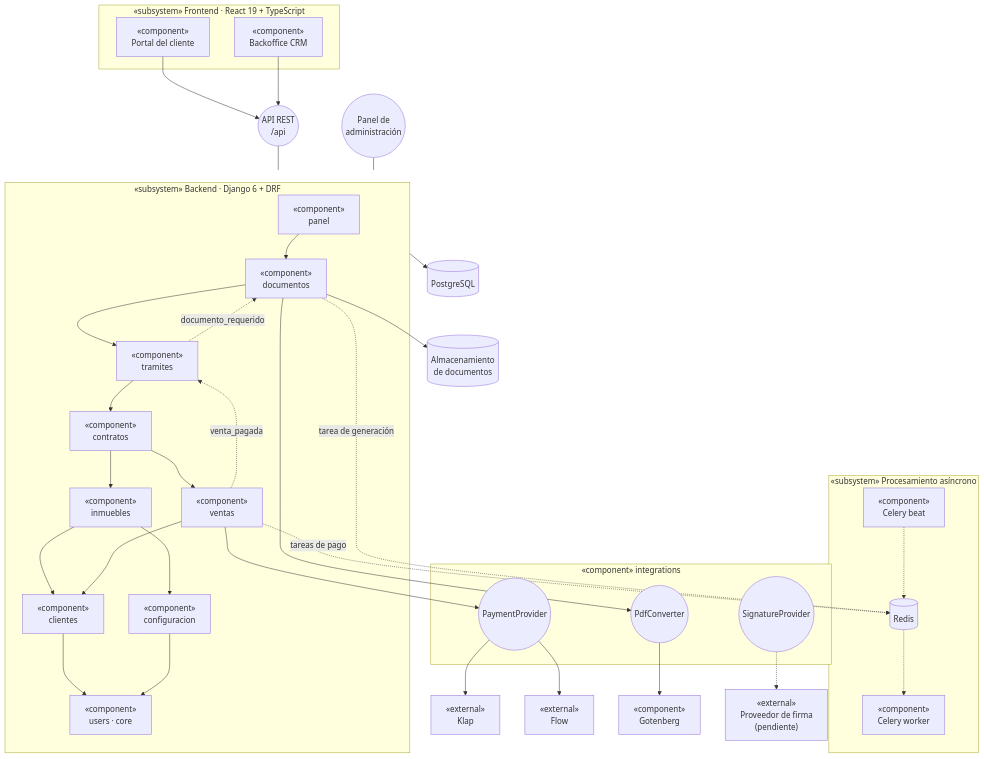
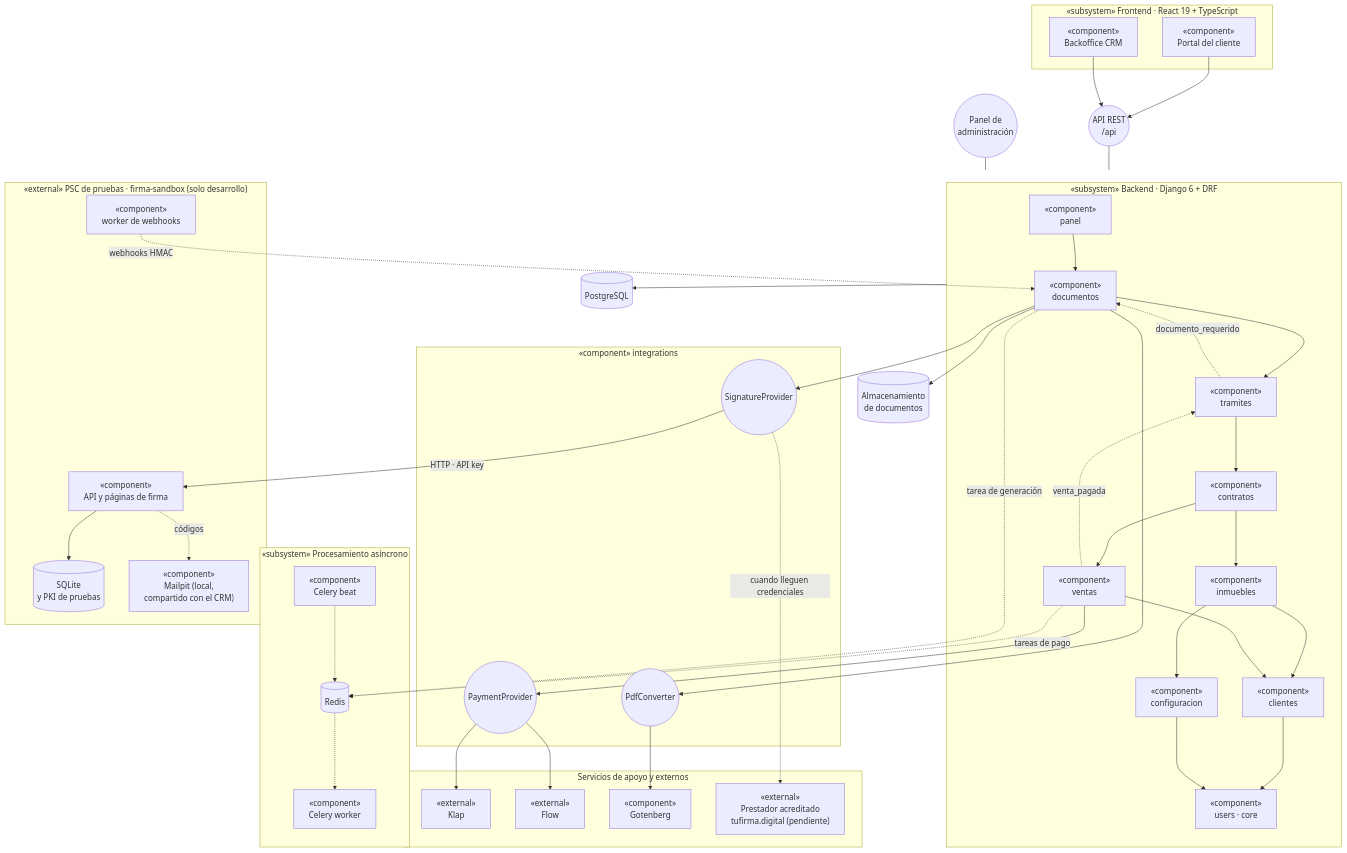
Before and after one commit to fecartagena/CRM---Easy-Office: the second of 7 diagrams in Fase 2/Evidencias Proyecto/Documentación/07_arquitectura/ARQ-001_Arquitectura.md, drawn with Mermaid. The commit also changed other lines of this file and 23 other files, not shown here.

Commit message:
documentación sobre api propia de firma electrónica avanzada

```diff
--- a/Fase 2/Evidencias Proyecto/Documentación/07_arquitectura/ARQ-001_Arquitectura.md
+++ b/Fase 2/Evidencias Proyecto/Documentación/07_arquitectura/ARQ-001_Arquitectura.md
@@ -143,14 +143,27 @@
     RDS -.-> WORKER
     BEAT -.-> RDS
 
-    KLAP["«external»<br/>Klap"]
-    FLOW["«external»<br/>Flow"]
-    GOT["«component»<br/>Gotenberg"]
-    FIRMA["«external»<br/>Proveedor de firma<br/>(pendiente)"]
+    subgraph EXT["Servicios de apoyo y externos"]
+        KLAP["«external»<br/>Klap"]
+        FLOW["«external»<br/>Flow"]
+        GOT["«component»<br/>Gotenberg"]
+        FIRMA["«external»<br/>Prestador acreditado<br/>tufirma.digital (pendiente)"]
+    end
+    subgraph PSC["«external» PSC de pruebas · firma-sandbox (solo desarrollo)"]
+        PSCAPI["«component»<br/>API y páginas de firma"]
+        PSCW["«component»<br/>worker de webhooks"]
+        PSCDB[("SQLite<br/>y PKI de pruebas")]
+        MAIL["«component»<br/>Mailpit (local,<br/>compartido con el CRM)"]
+    end
     IPAY --> KLAP
     IPAY --> FLOW
     IPDF --> GOT
-    ISIG -.-> FIRMA
+    DOC --> ISIG
+    ISIG -->|HTTP · API key| PSCAPI
+    PSCW -.->|webhooks HMAC| DOC
+    PSCAPI --> PSCDB
+    PSCAPI -.->|códigos| MAIL
+    ISIG -.->|cuando lleguen credenciales| FIRMA
 
     PG[("PostgreSQL")]
     ST[("Almacenamiento<br/>de documentos")]
```
